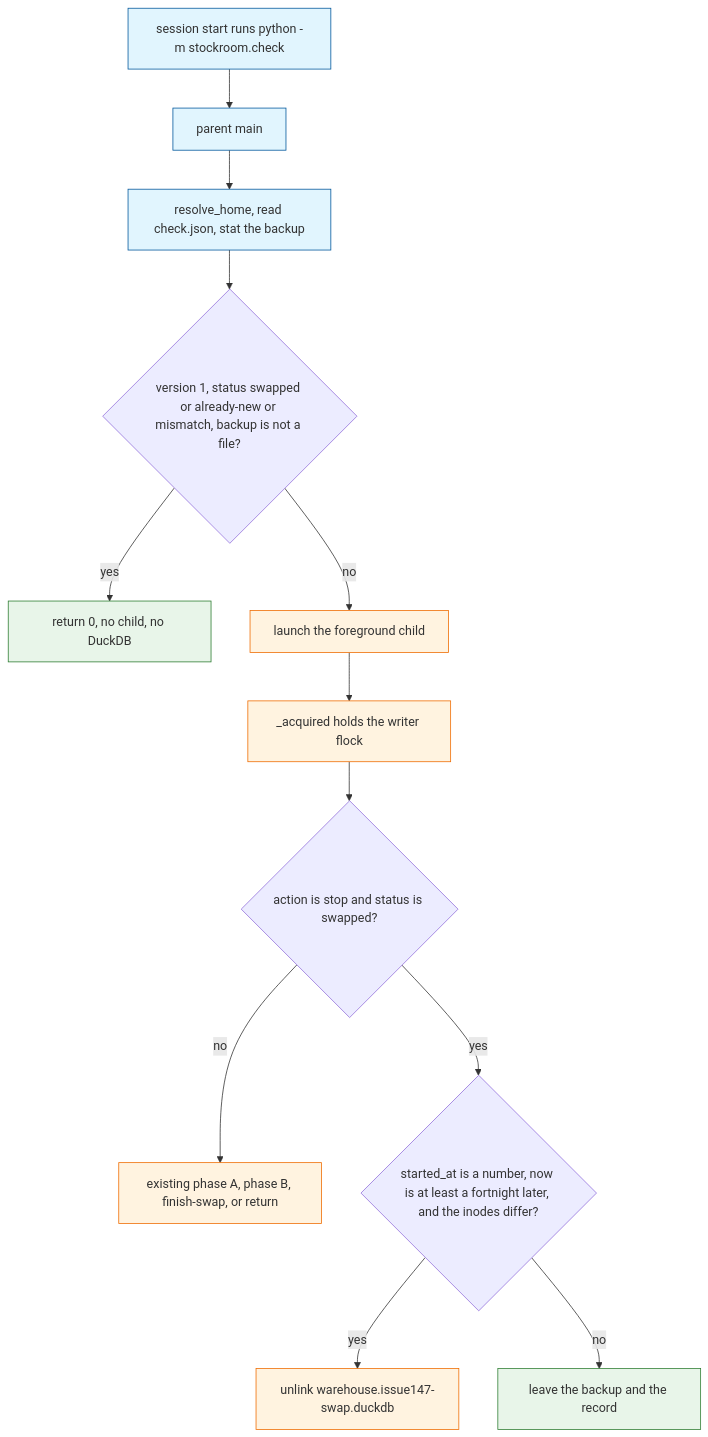
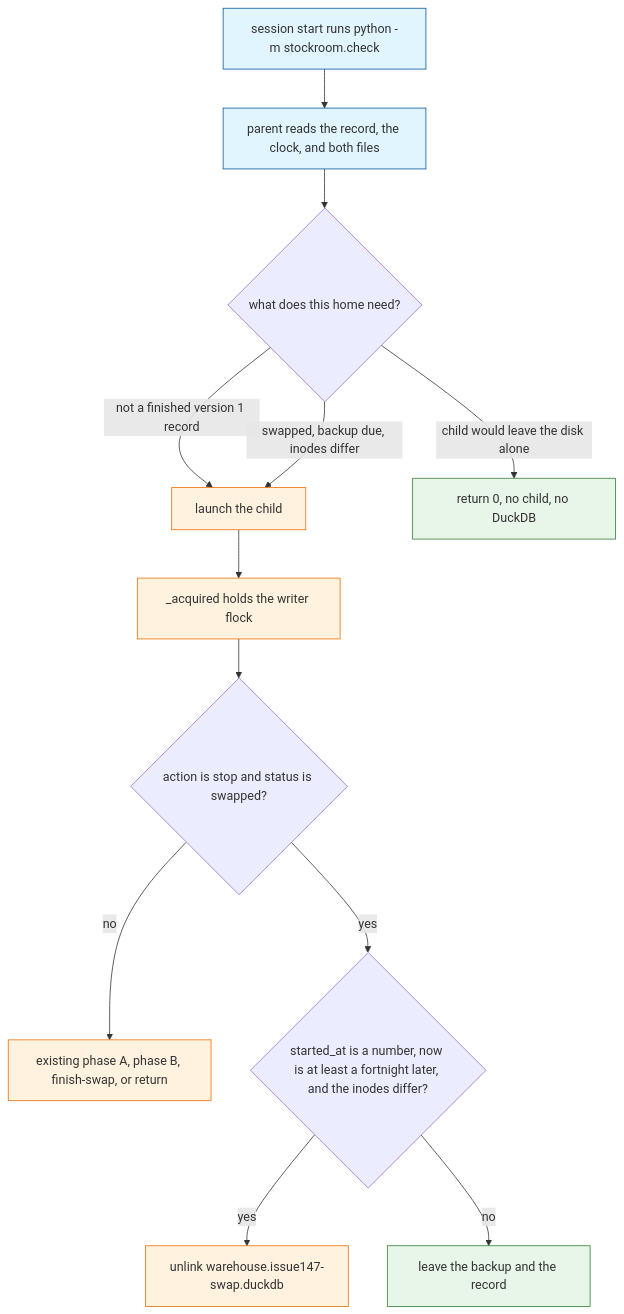
One commit to Texarkanine/stockroom changed the diagram in memory-bank/active/tasks.md. Above: the diagram before and after it, drawn with Mermaid. The commit also changed other lines of this file and 4 other files, not shown here.

````diff
--- a/memory-bank/active/tasks.md
+++ b/memory-bank/active/tasks.md
@@ -15,18 +17,18 @@
 ```mermaid
 graph TD
     classDef gate fill:#e1f5fe,stroke:#01579b
     classDef work fill:#fff3e0,stroke:#ef6c00
     classDef quiet fill:#e8f5e9,stroke:#2e7d32
 
-    Hook["session start runs python -m stockroom.check"]:::gate --> Parent["parent main"]:::gate
-    Parent --> Read["resolve_home, read check.json, stat the backup"]:::gate
-    Read --> Quiet{"version 1, status swapped or already-new or mismatch, backup is not a file?"}
-    Quiet -->|yes| Done["return 0, no child, no DuckDB"]:::quiet
-    Quiet -->|no| Child["launch the foreground child"]:::work
+    Hook["session start runs python -m stockroom.check"]:::gate --> Parent["parent reads the record, the clock, and both files"]:::gate
+    Parent --> Kind{"what does this home need?"}
+    Kind -->|"not a finished version 1 record"| Child["launch the child"]:::work
+    Kind -->|"swapped, backup due, inodes differ"| Child
+    Kind -->|"child would leave the disk alone"| Done["return 0, no child, no DuckDB"]:::quiet
     Child --> Held["_acquired holds the writer flock"]:::work
     Held --> Stop{"action is stop and status is swapped?"}
     Stop -->|no| Other["existing phase A, phase B, finish-swap, or return"]:::work
     Stop -->|yes| Pred{"started_at is a number, now is at least a fortnight later, and the inodes differ?"}
     Pred -->|yes| Unlink["unlink warehouse.issue147-swap.duckdb"]:::work
     Pred -->|no| Keep["leave the backup and the record"]:::quiet
 ```
````
